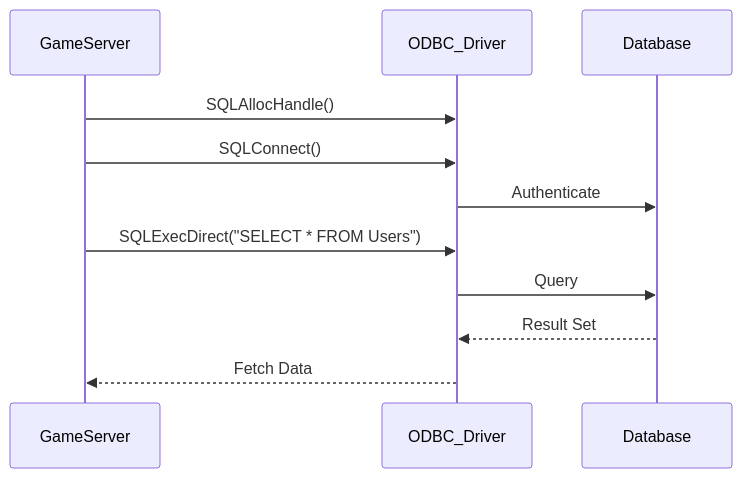
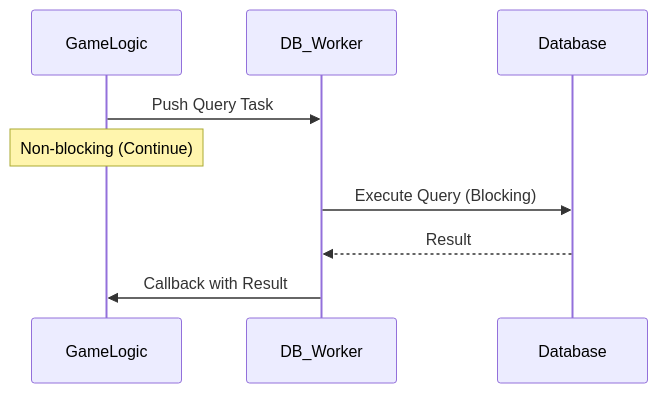
Before and after one commit to pargame/Cpp_Study: the diagram in Week18/README.md, drawn with Mermaid. The commit also changed other lines of this file and 34 other files, not shown here.

````diff
--- a/Week18/README.md
+++ b/Week18/README.md
@@ -102,13 +77,12 @@
 ```mermaid
 sequenceDiagram
-    participant GameServer
-    participant ODBC_Driver
+    participant GameLogic
+    participant DB_Worker
     participant Database
-    GameServer->>ODBC_Driver: SQLAllocHandle()
-    GameServer->>ODBC_Driver: SQLConnect()
-    ODBC_Driver->>Database: Authenticate
-    GameServer->>ODBC_Driver: SQLExecDirect("SELECT * FROM Users")
-    ODBC_Driver->>Database: Query
-    Database-->>ODBC_Driver: Result Set
-    ODBC_Driver-->>GameServer: Fetch Data
+    
+    GameLogic->>DB_Worker: Push Query Task
+    Note over GameLogic: Non-blocking (Continue)
+    DB_Worker->>Database: Execute Query (Blocking)
+    Database-->>DB_Worker: Result
+    DB_Worker->>GameLogic: Callback with Result
 ```
````
